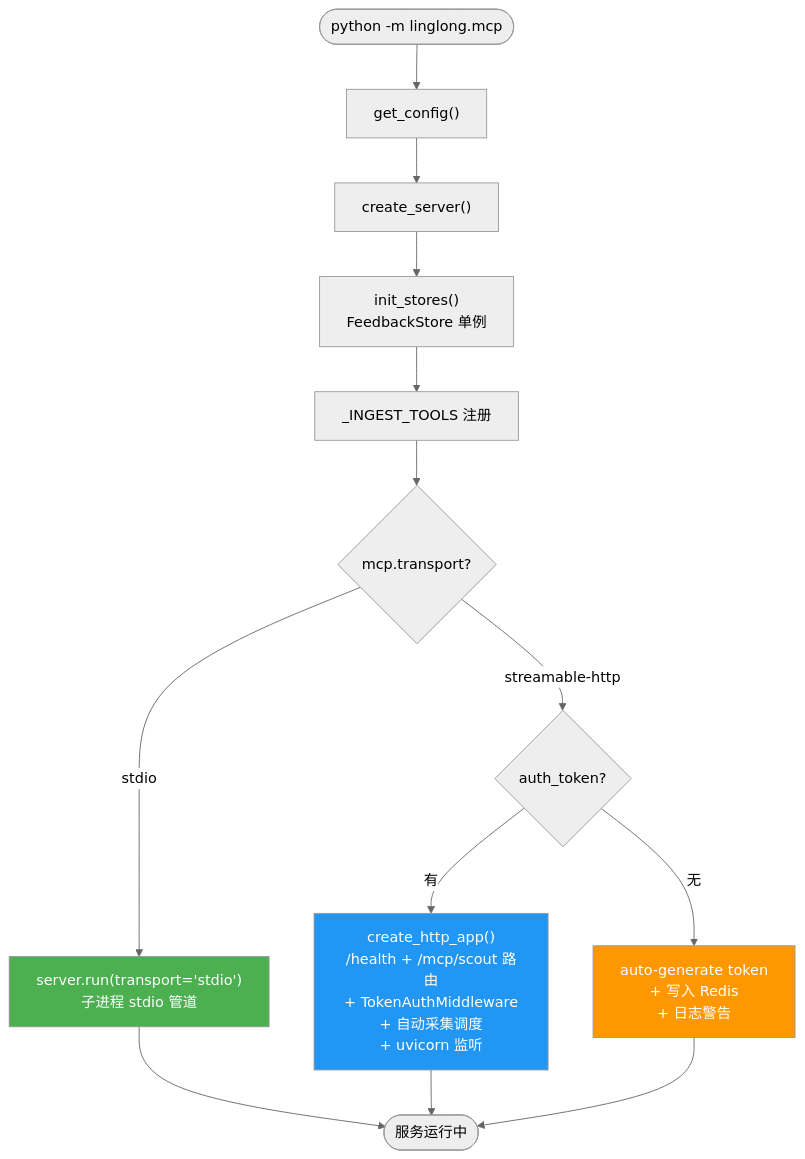
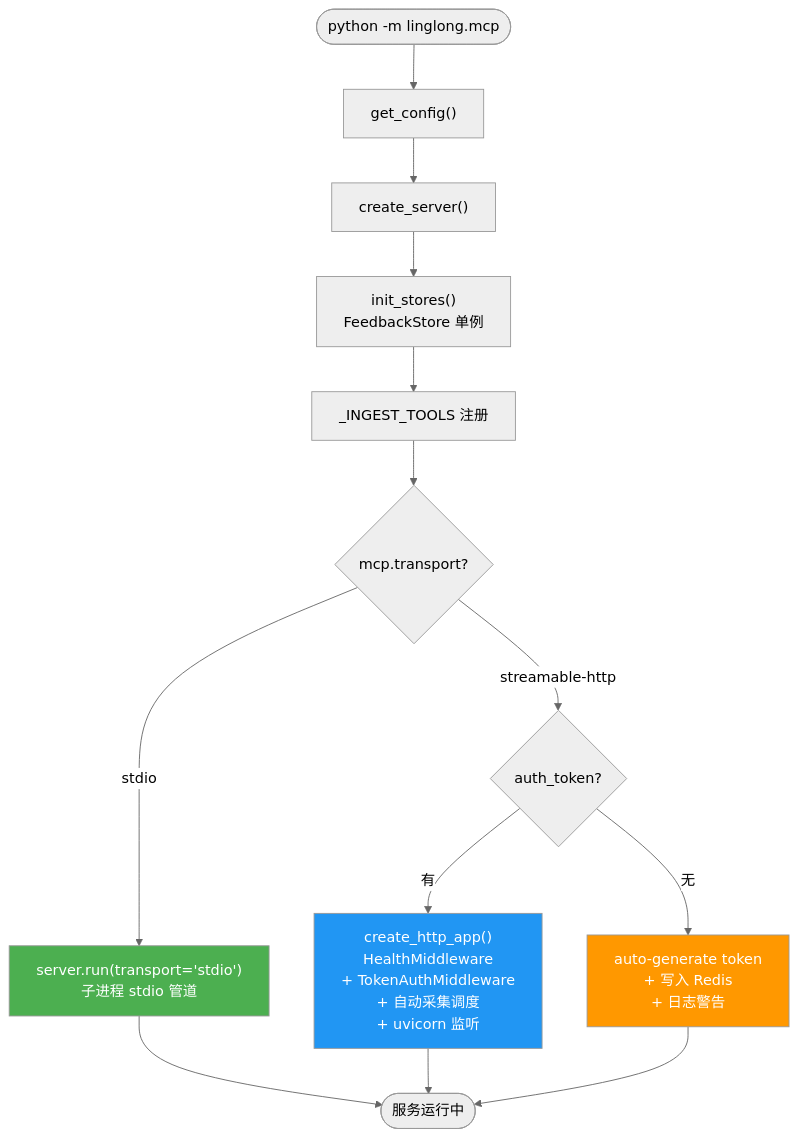
One commit to xinovate/linglong-scout changed the first of 4 diagrams in docs/design/06-mcp.md. Above: the diagram before and after it, drawn with Mermaid (neutral theme). The commit also changed other lines of this file, not shown here.

Commit message:
docs: 06-mcp 同步中间件实现方式

````diff
--- a/docs/design/06-mcp.md
+++ b/docs/design/06-mcp.md
@@ -16,22 +16,22 @@
 ```mermaid
 flowchart TD
     START(["python -m linglong.mcp"]) --> CONFIG["get_config()"]
     CONFIG --> CREATE["create_server()"]
     CREATE --> INIT["init_stores()<br/>FeedbackStore 单例"]
     INIT --> REGISTER["_INGEST_TOOLS 注册"]
     REGISTER --> TRANSPORT{mcp.transport?}
 
     TRANSPORT -->|stdio| STDIO["server.run(transport='stdio')<br/>子进程 stdio 管道"]
     TRANSPORT -->|streamable-http| HTTP_CHECK{auth_token?}
 
-    HTTP_CHECK -->|有| HTTP_AUTH["create_http_app()<br/>/health + /mcp/scout 路由<br/>+ TokenAuthMiddleware<br/>+ 自动采集调度<br/>+ uvicorn 监听"]
+    HTTP_CHECK -->|有| HTTP_AUTH["create_http_app()<br/>HealthMiddleware<br/>+ TokenAuthMiddleware<br/>+ 自动采集调度<br/>+ uvicorn 监听"]
     HTTP_CHECK -->|无| HTTP_AUTO["auto-generate token<br/>+ 写入 Redis<br/>+ 日志警告"]
 
     STDIO --> RUNNING(["服务运行中"])
     HTTP_AUTH --> RUNNING
     HTTP_AUTO --> RUNNING
 
     style STDIO fill:#4CAF50,color:#fff
     style HTTP_AUTH fill:#2196F3,color:#fff
     style HTTP_AUTO fill:#FF9800,color:#fff
 ```
````
